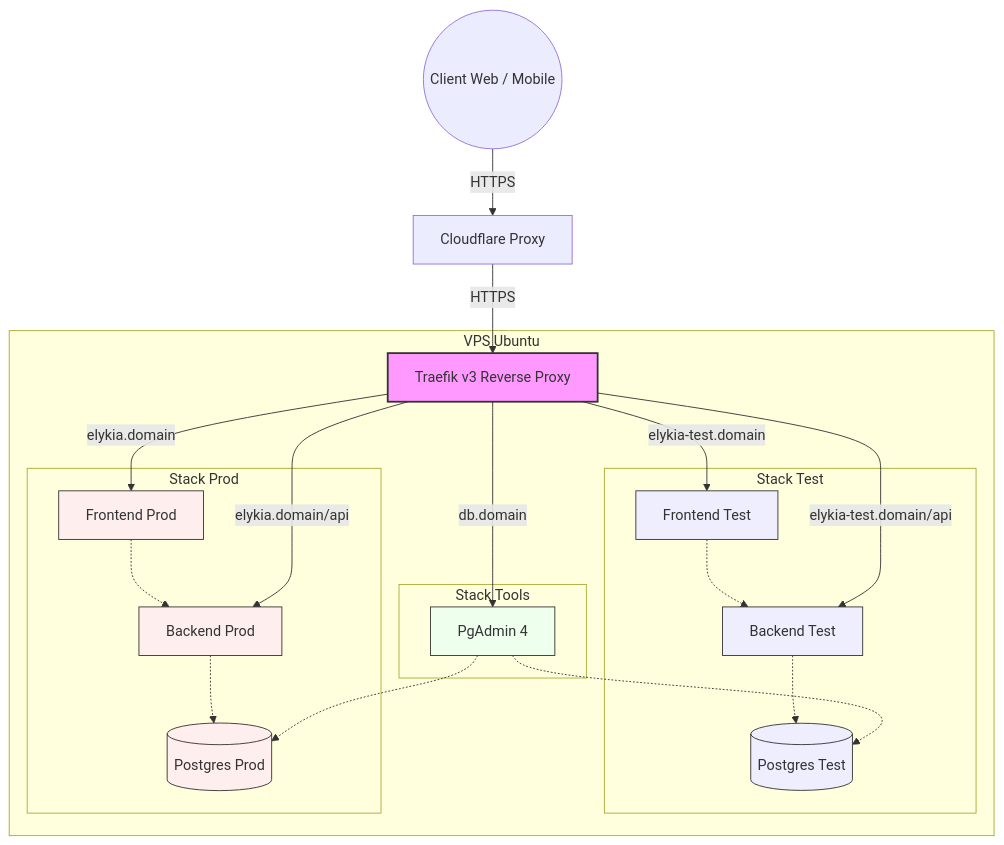
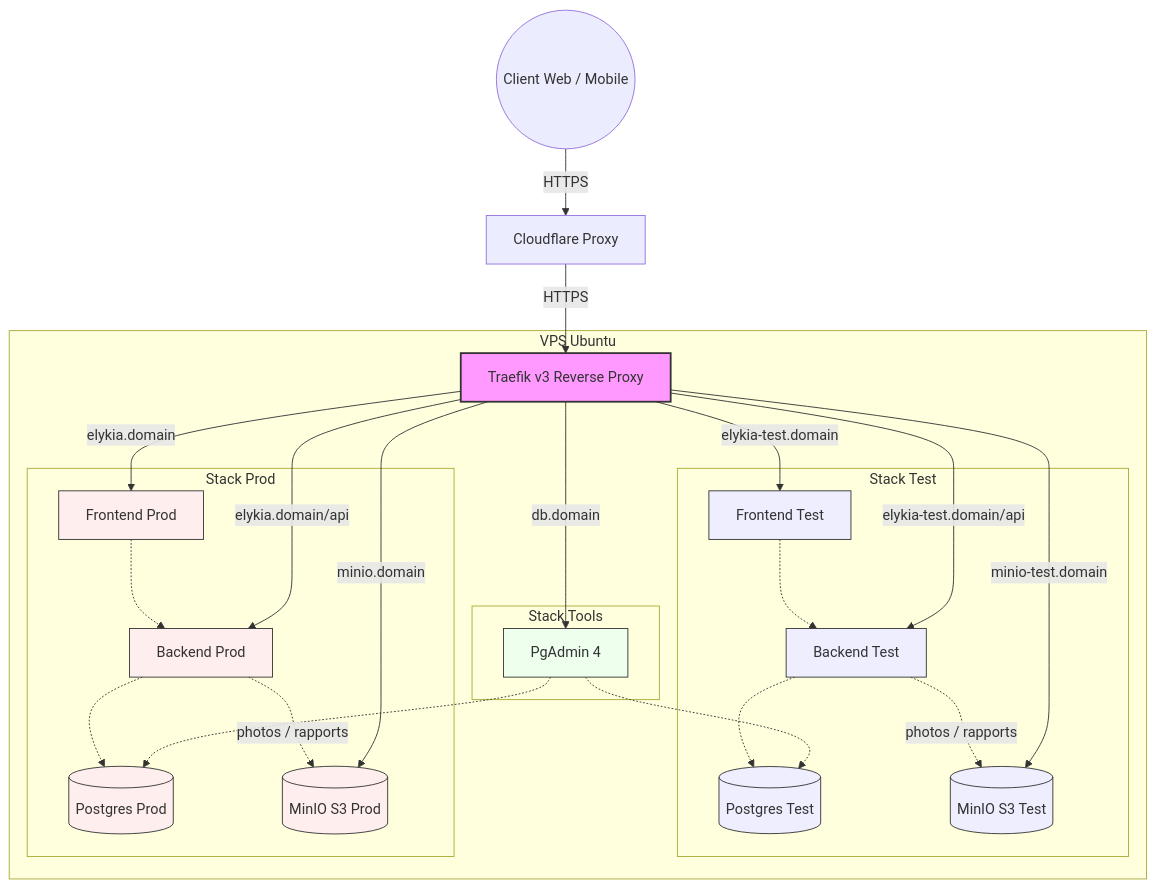
The diagram in deploy/README.md (AQUILA04/ELYKIA), drawn with Mermaid before and after one commit. The commit also changed other lines of this file and 57 other files, not shown here.

````diff
--- a/deploy/README.md
+++ b/deploy/README.md
@@ -10,49 +10,55 @@
 ```mermaid
 graph TD
     Client(("Client Web / Mobile")) -->|HTTPS| CF[Cloudflare Proxy]
     CF -->|HTTPS| Traefik[Traefik v3 Reverse Proxy]
     
     subgraph VPS Ubuntu
         Traefik
         
         subgraph Stack Test
             FE_Test[Frontend Test]
             BE_Test[Backend Test]
             DB_Test[("Postgres Test")]
+            MinIO_Test[("MinIO S3 Test")]
             FE_Test -.-> BE_Test
             BE_Test -.-> DB_Test
+            BE_Test -.->|photos / rapports| MinIO_Test
         end
         
         subgraph Stack Prod
             FE_Prod[Frontend Prod]
             BE_Prod[Backend Prod]
             DB_Prod[("Postgres Prod")]
+            MinIO_Prod[("MinIO S3 Prod")]
             FE_Prod -.-> BE_Prod
             BE_Prod -.-> DB_Prod
+            BE_Prod -.->|photos / rapports| MinIO_Prod
         end
 
         subgraph Stack Tools
             PgAdmin[PgAdmin 4]
         end
     end
     
     Traefik -->|elykia-test.domain| FE_Test
     Traefik -->|elykia-test.domain/api| BE_Test
+    Traefik -->|minio-test.domain| MinIO_Test
     
     Traefik -->|elykia.domain| FE_Prod
     Traefik -->|elykia.domain/api| BE_Prod
+    Traefik -->|minio.domain| MinIO_Prod
 
     Traefik -->|db.domain| PgAdmin
     PgAdmin -.-> DB_Test
     PgAdmin -.-> DB_Prod
     
     classDef proxy fill:#f9f,stroke:#333,stroke-width:2px;
     classDef test fill:#eef,stroke:#333,stroke-width:1px;
     classDef prod fill:#fee,stroke:#333,stroke-width:1px;
     classDef tools fill:#efe,stroke:#333,stroke-width:1px;
     
     class Traefik proxy;
-    class FE_Test,BE_Test,DB_Test test;
-    class FE_Prod,BE_Prod,DB_Prod prod;
+    class FE_Test,BE_Test,MinIO_Test,DB_Test test;
+    class FE_Prod,BE_Prod,MinIO_Prod,DB_Prod prod;
     class PgAdmin tools;
 ```
````
